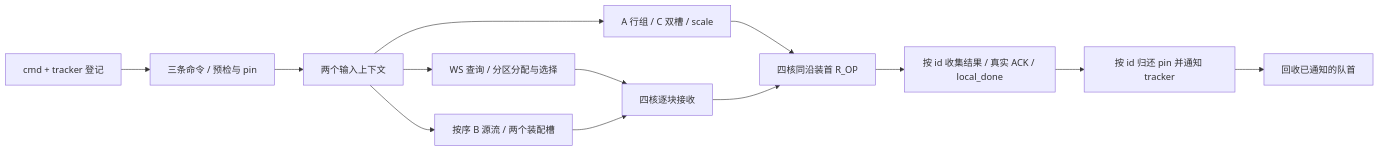
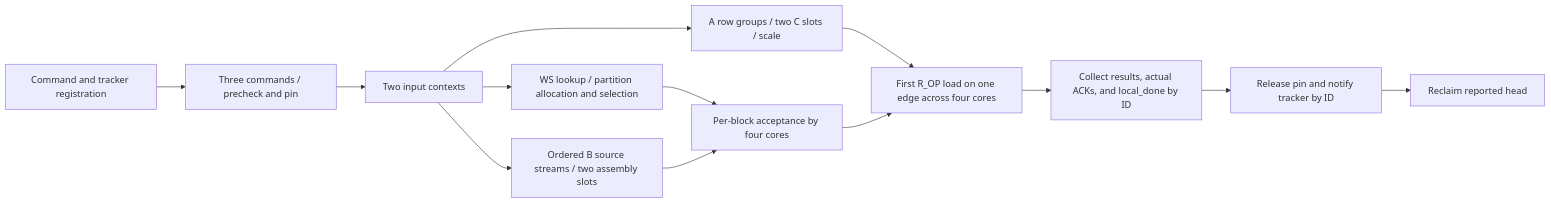
One commit to yuhin777/Allegro changed the diagram in doc/rtl_specs/tensor_core/blackwell_tc_mma_engine.md. Above: the diagram before and after it, drawn with Mermaid. The commit also changed other lines of this file and 45 other files, not shown here.

````diff
--- a/doc/rtl_specs/tensor_core/blackwell_tc_mma_engine.md
+++ b/doc/rtl_specs/tensor_core/blackwell_tc_mma_engine.md
@@ -22,13 +22,13 @@
 ```mermaid
 flowchart LR
-  CMD[cmd + tracker 登记] --> REC[三条命令 / 预检与 pin]
-  REC --> PRE[两个输入上下文]
-  PRE --> SEL[WS 查询 / 分区分配与选择]
-  PRE --> LOAD[按序 B 源流 / 两个装配槽]
-  SEL & LOAD --> C[四核逐块接收]
-  PRE --> A[A 行组 / C 双槽 / scale]
-  A & C --> GO[四核同沿装首 R_OP]
-  GO --> TAIL[按 id 收集结果 / 真实 ACK / local_done]
-  TAIL --> N[按 id 归还 pin 并通知 tracker]
-  N --> RET[回收已通知的队首]
+  CMD["Command and tracker registration"] --> REC["Three commands / precheck and pin"]
+  REC --> PRE["Two input contexts"]
+  PRE --> SEL["WS lookup / partition allocation and selection"]
+  PRE --> LOAD["Ordered B source streams / two assembly slots"]
+  SEL & LOAD --> C["Per-block acceptance by four cores"]
+  PRE --> A["A row groups / two C slots / scale"]
+  A & C --> GO["First R_OP load on one edge across four cores"]
+  GO --> TAIL["Collect results, actual ACKs, and local_done by ID"]
+  TAIL --> N["Release pin and notify tracker by ID"]
+  N --> RET["Reclaim reported head"]
 ```
````
